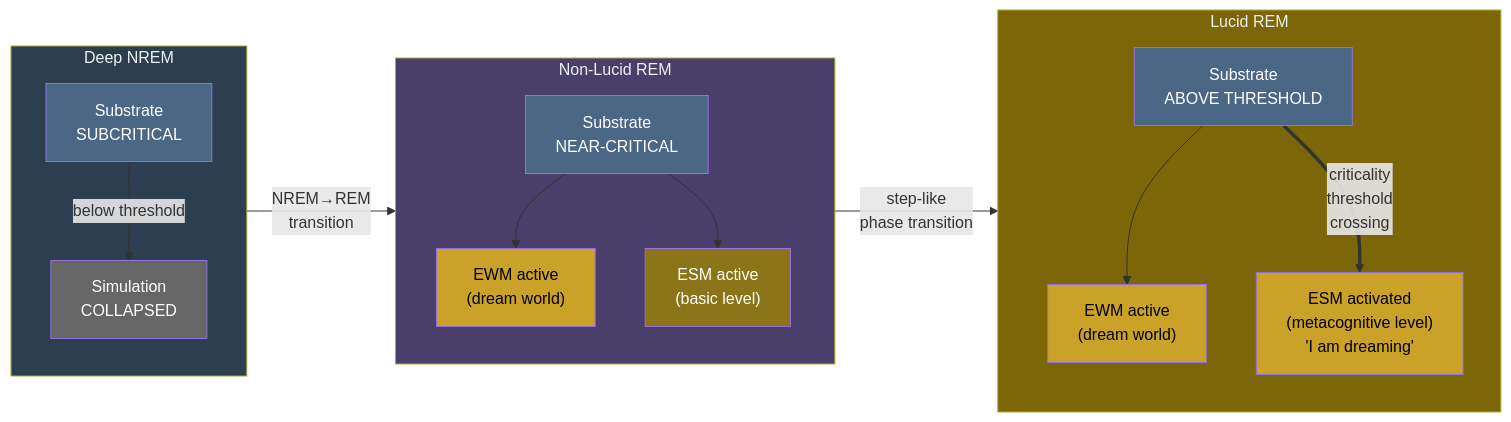
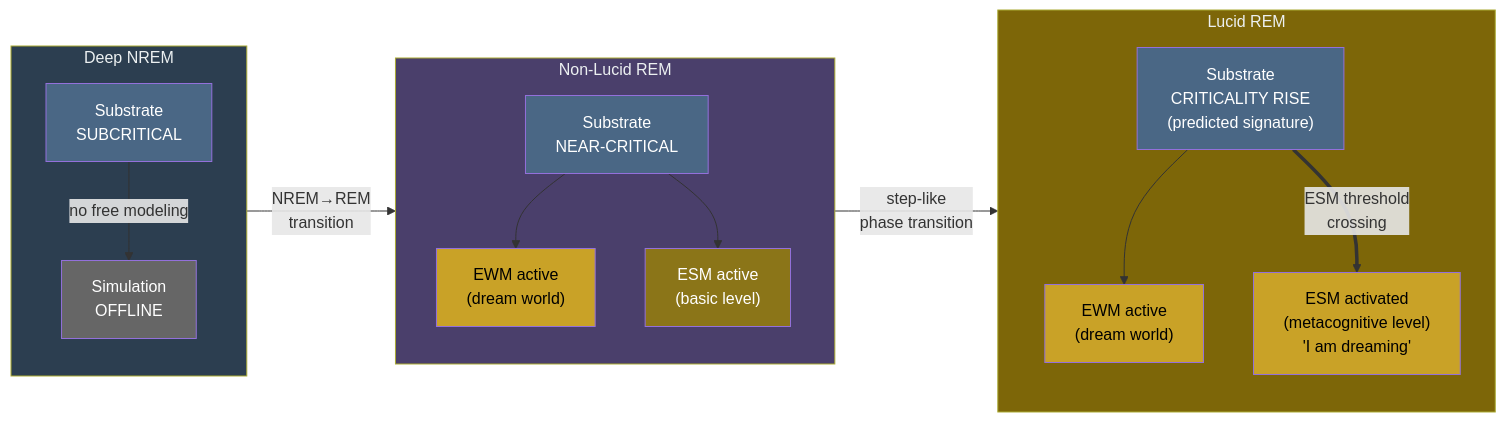
Before and after one commit to JeltzProstetnic/aIware: the diagram in wiki/phenomena/lucid-dreaming.md, drawn with Mermaid. The commit also changed other lines of this file and 42 other files, not shown here.

````diff
--- a/wiki/phenomena/lucid-dreaming.md
+++ b/wiki/phenomena/lucid-dreaming.md
@@ -56,39 +57,39 @@
 ```mermaid
 graph LR
     subgraph NREM["Deep NREM"]
         N_Sub["Substrate<br/>SUBCRITICAL"]
-        N_Sim["Simulation<br/>COLLAPSED"]
-        N_Sub -->|"below threshold"| N_Sim
+        N_Sim["Simulation<br/>OFFLINE"]
+        N_Sub -->|"no free modeling"| N_Sim
     end
 
     subgraph NonLucid["Non-Lucid REM"]
         NL_Sub["Substrate<br/>NEAR-CRITICAL"]
         NL_EWM["EWM active<br/>(dream world)"]
         NL_ESM["ESM active<br/>(basic level)"]
         NL_Sub --> NL_EWM
         NL_Sub --> NL_ESM
     end
 
     subgraph Lucid["Lucid REM"]
-        L_Sub["Substrate<br/>ABOVE THRESHOLD"]
+        L_Sub["Substrate<br/>CRITICALITY RISE<br/>(predicted signature)"]
         L_EWM["EWM active<br/>(dream world)"]
         L_ESM["ESM activated<br/>(metacognitive level)<br/>'I am dreaming'"]
         L_Sub --> L_EWM
-        L_Sub ==>|"criticality<br/>threshold<br/>crossing"| L_ESM
+        L_Sub ==>|"ESM threshold<br/>crossing"| L_ESM
     end
 
     NREM -->|"NREM→REM<br/>transition"| NonLucid
     NonLucid -->|"step-like<br/>phase transition"| Lucid
 
     style NREM fill:#2c3e50,color:#ecf0f1
     style NonLucid fill:#4a3f6b,color:#ecf0f1
     style Lucid fill:#7d6608,color:#ecf0f1
     style N_Sub fill:#4a6785,color:#fff
     style N_Sim fill:#666,color:#fff
     style NL_Sub fill:#4a6785,color:#fff
     style NL_EWM fill:#c9a227,color:#000
     style NL_ESM fill:#8b7518,color:#fff
     style L_Sub fill:#4a6785,color:#fff
     style L_EWM fill:#c9a227,color:#000
     style L_ESM fill:#c9a227,color:#000
 ```
````
